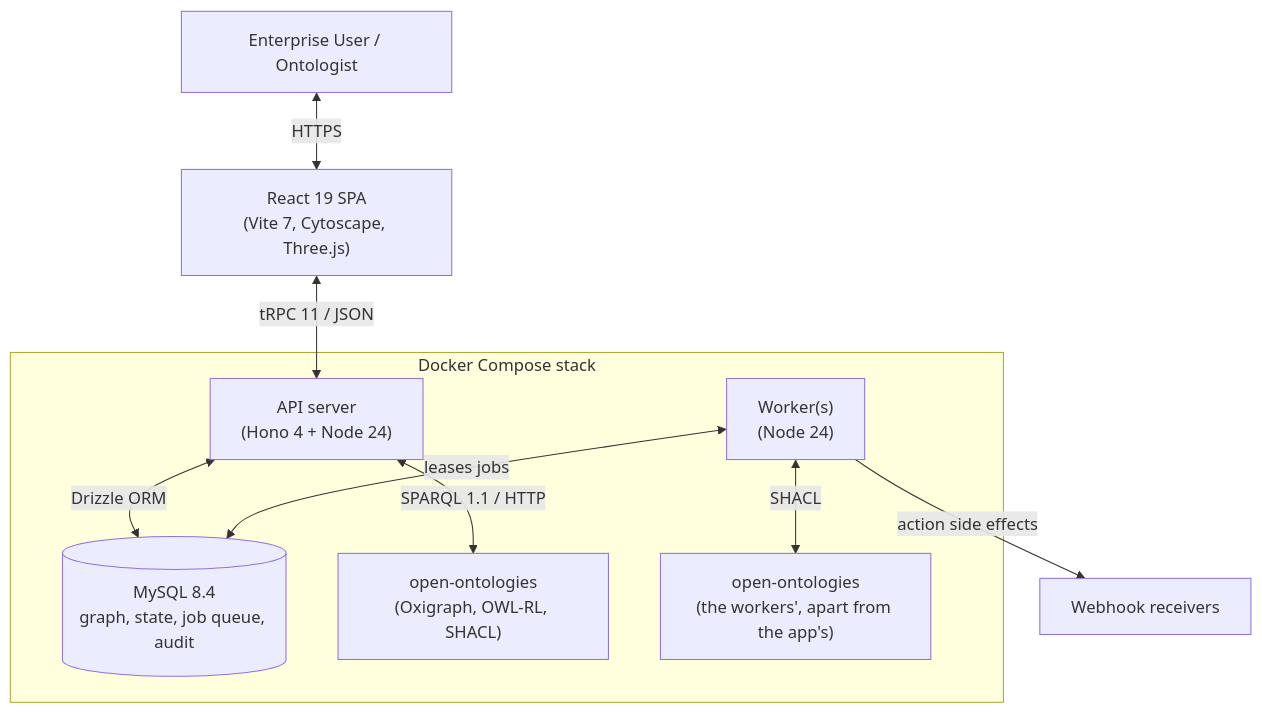
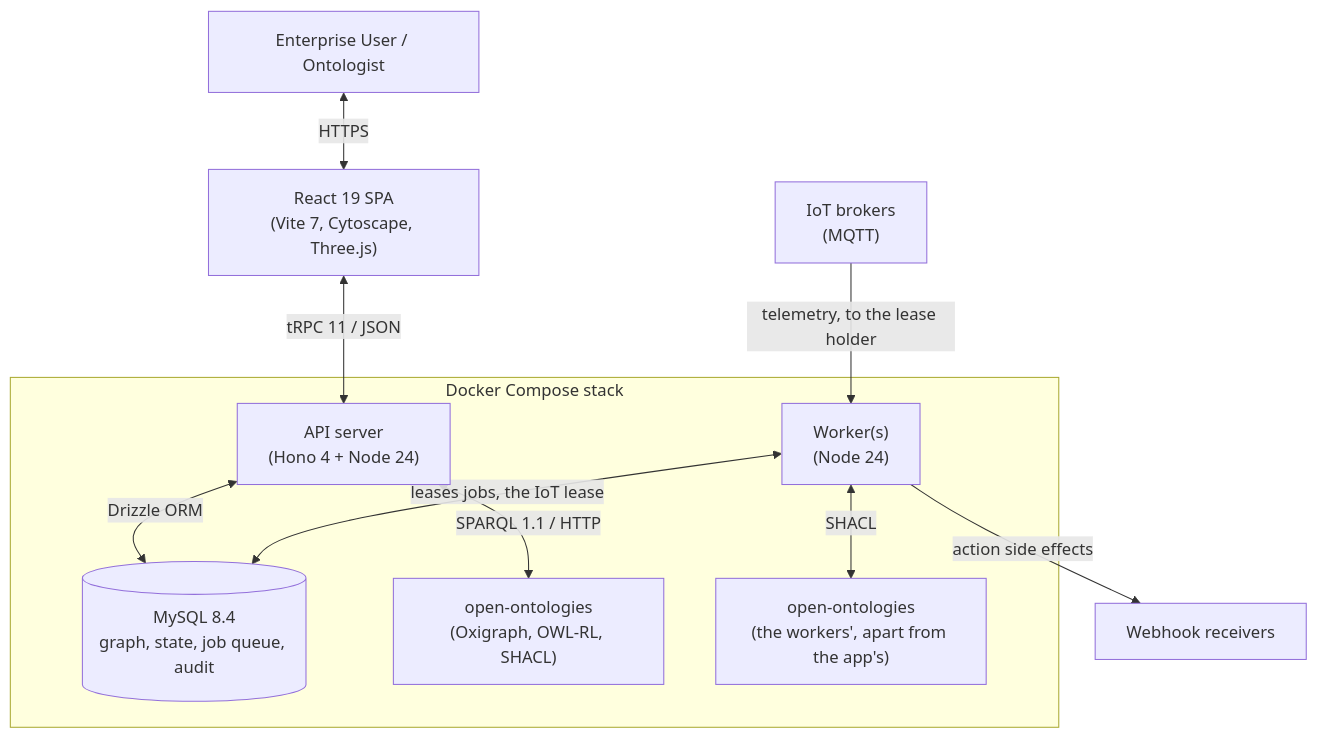
One commit to WrdCstlg/ontos-digital-twin changed the diagram in README.md. Above: the diagram before and after it, drawn with Mermaid. The commit also changed other lines of this file and 4 other files, not shown here.

````diff
--- a/README.md
+++ b/README.md
@@ -58,18 +58,19 @@
 ```mermaid
 graph TD
     User["Enterprise User / Ontologist"] <-->|HTTPS| Web["React 19 SPA<br/>(Vite 7, Cytoscape, Three.js)"]
     Web <-->|tRPC 11 / JSON| Hono["API server<br/>(Hono 4 + Node 24)"]
     Hono <-->|Drizzle ORM| MySQL[("MySQL 8.4<br/>graph, state, job queue, audit")]
     Hono <-->|SPARQL 1.1 / HTTP| Engine["open-ontologies<br/>(Oxigraph, OWL-RL, SHACL)"]
-    Worker["Worker(s)<br/>(Node 24)"] <-->|leases jobs| MySQL
+    Worker["Worker(s)<br/>(Node 24)"] <-->|leases jobs, the IoT lease| MySQL
     Worker <-->|SHACL| EngineW["open-ontologies<br/>(the workers', apart from the app's)"]
     Worker -->|action side effects| Hooks["Webhook receivers"]
+    Brokers["IoT brokers<br/>(MQTT)"] -->|telemetry, to the lease holder| Worker
 
     subgraph Compose ["Docker Compose stack"]
         Hono
         Worker
         MySQL
         Engine
         EngineW
     end
 ```
````
